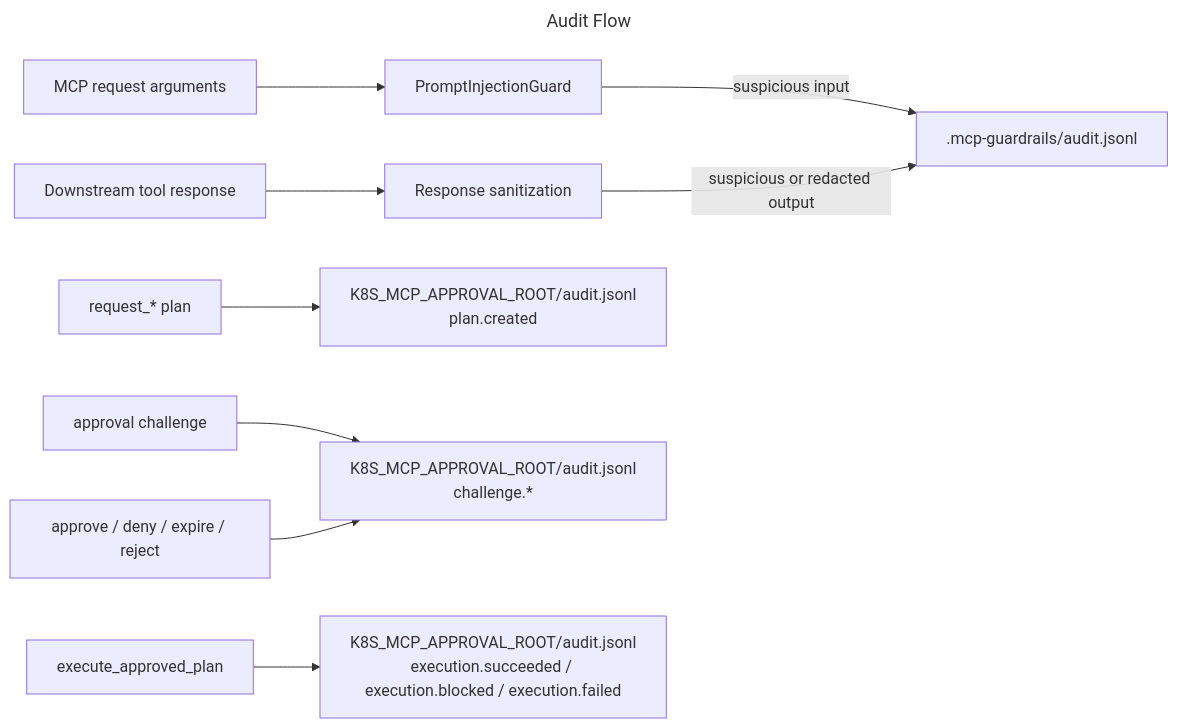
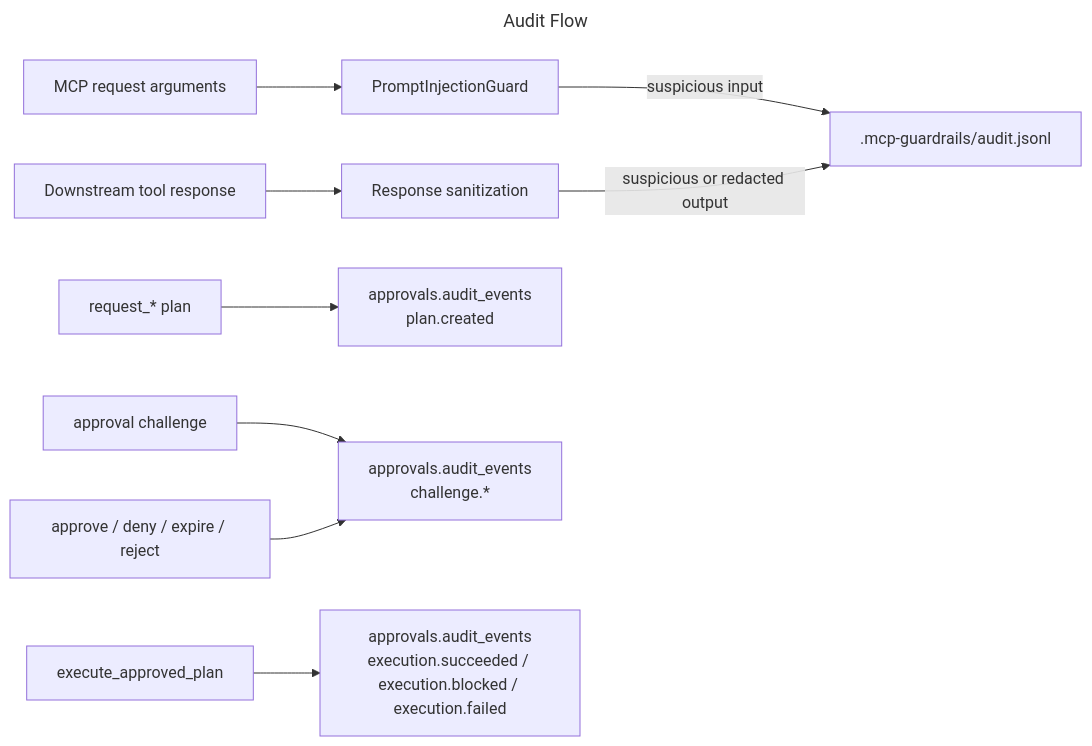
Before and after one commit to mirusser/Kubernetes-MCP-Guard: the seventh of 7 diagrams in docs/architecture.md, drawn with Mermaid. The commit also changed other lines of this file and 41 other files, not shown here.

````diff
--- a/docs/architecture.md
+++ b/docs/architecture.md
@@ -304,15 +296,15 @@
 ```mermaid
 ---
 title: Audit Flow
 ---
 flowchart LR
     Request["MCP request arguments"] --> Guard["PromptInjectionGuard"]
     Response["Downstream tool response"] --> Sanitizer["Response sanitization"]
     Guard -->|"suspicious input"| GuardAudit[".mcp-guardrails/audit.jsonl"]
     Sanitizer -->|"suspicious or redacted output"| GuardAudit
 
-    Plan["request_* plan"] --> PlanAudit["K8S_MCP_APPROVAL_ROOT/audit.jsonl<br/>plan.created"]
-    Challenge["approval challenge"] --> ChallengeAudit["K8S_MCP_APPROVAL_ROOT/audit.jsonl<br/>challenge.*"]
+    Plan["request_* plan"] --> PlanAudit["approvals.audit_events<br/>plan.created"]
+    Challenge["approval challenge"] --> ChallengeAudit["approvals.audit_events<br/>challenge.*"]
     Approve["approve / deny / expire / reject"] --> ChallengeAudit
-    Apply["execute_approved_plan"] --> ApplyAudit["K8S_MCP_APPROVAL_ROOT/audit.jsonl<br/>execution.succeeded / execution.blocked / execution.failed"]
+    Apply["execute_approved_plan"] --> ApplyAudit["approvals.audit_events<br/>execution.succeeded / execution.blocked / execution.failed"]
 ```
````
